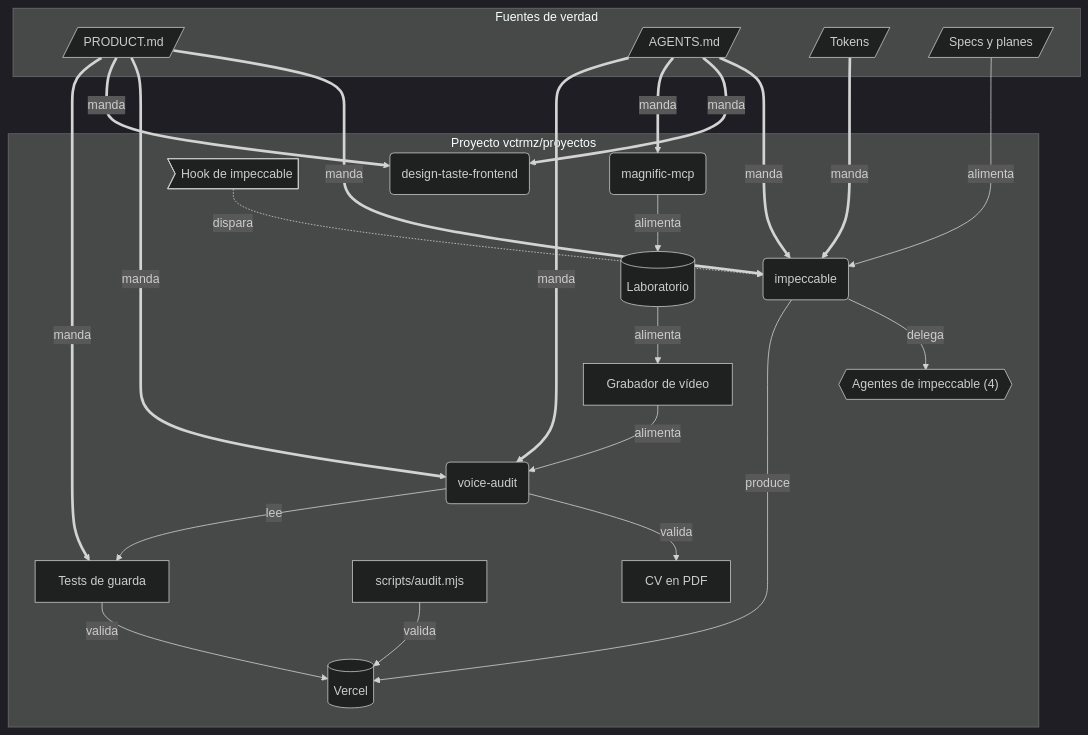
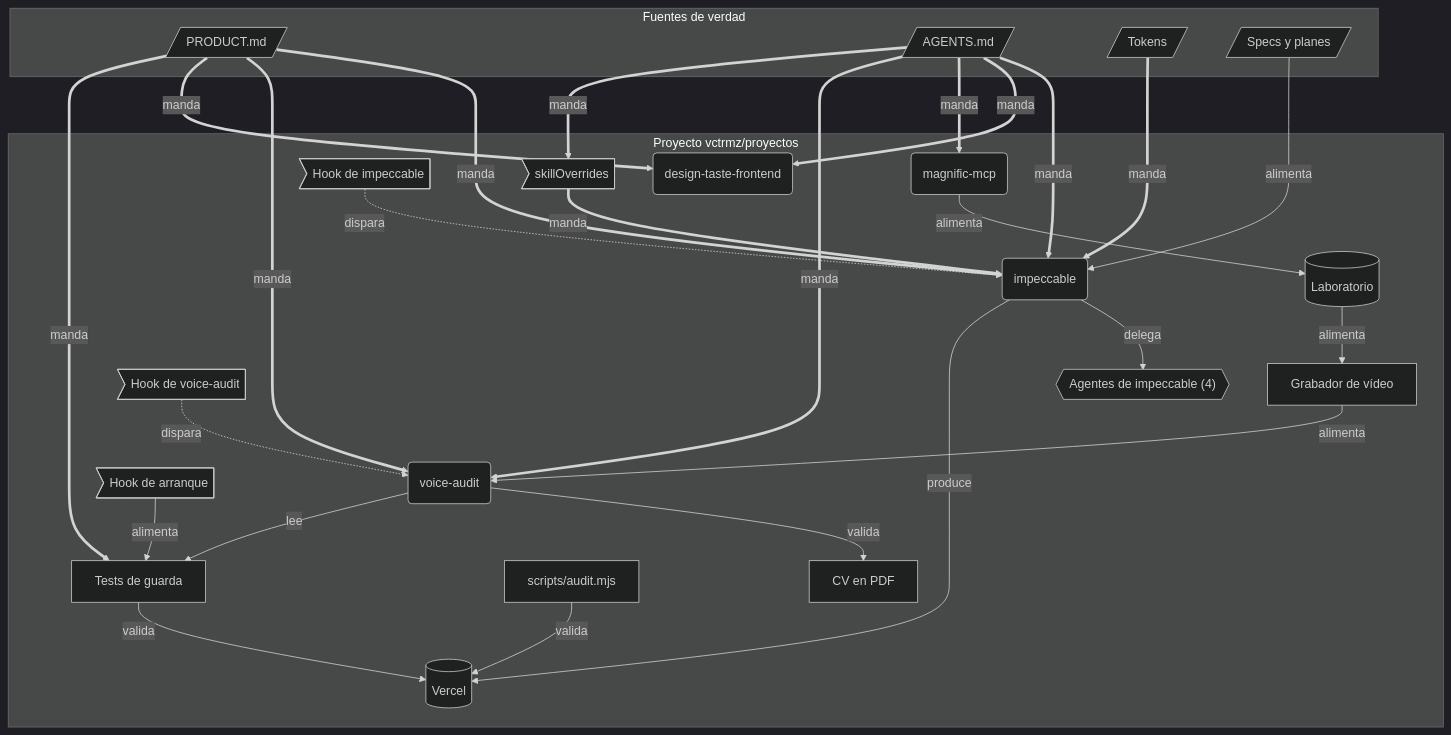
The second of 9 diagrams in mapa/MAPA.md (vctrmz/claude-estudio), drawn with Mermaid (dark theme) before and after one commit. The commit also changed other lines of this file and 1 other file, not shown here.

````diff
--- a/mapa/MAPA.md
+++ b/mapa/MAPA.md
@@ -61,43 +61,50 @@
 ```mermaid
 flowchart TB
   subgraph fuente["Fuentes de verdad"]
     product_md[/"PRODUCT.md"/]
     agents_md[/"AGENTS.md"/]
     tokens[/"Tokens"/]
     specs[/"Specs y planes"/]
   end
   subgraph proyecto["Proyecto vctrmz/proyectos"]
     impeccable("impeccable")
     design_taste_frontend("design-taste-frontend")
     magnific_mcp("magnific-mcp")
     voice_audit("voice-audit")
     agentes_impeccable{{"Agentes de impeccable (4)"}}
     hook_impeccable>"Hook de impeccable"]
+    hook_session_start>"Hook de arranque"]
+    hook_voice_audit>"Hook de voice-audit"]
+    skill_overrides>"skillOverrides"]
     tests["Tests de guarda"]
     audit_script["scripts/audit.mjs"]
     cv_build["CV en PDF"]
     hairline_record["Grabador de vídeo"]
     lab[("Laboratorio")]
     vercel[("Vercel")]
   end
   product_md ==>|manda| impeccable
   product_md ==>|manda| voice_audit
   product_md ==>|manda| design_taste_frontend
   product_md ==>|manda| tests
   agents_md ==>|manda| impeccable
   agents_md ==>|manda| design_taste_frontend
   agents_md ==>|manda| magnific_mcp
   agents_md ==>|manda| voice_audit
   tokens ==>|manda| impeccable
   impeccable -->|delega| agentes_impeccable
   hook_impeccable -.->|dispara| impeccable
   specs -->|alimenta| impeccable
   impeccable -->|produce| vercel
   voice_audit -->|valida| cv_build
   voice_audit -->|lee| tests
   tests -->|valida| vercel
   audit_script -->|valida| vercel
   lab -->|alimenta| hairline_record
   hairline_record -->|alimenta| voice_audit
   magnific_mcp -->|alimenta| lab
+  hook_session_start -->|alimenta| tests
+  hook_voice_audit -.->|dispara| voice_audit
+  skill_overrides ==>|manda| impeccable
+  agents_md ==>|manda| skill_overrides
 ```
````
